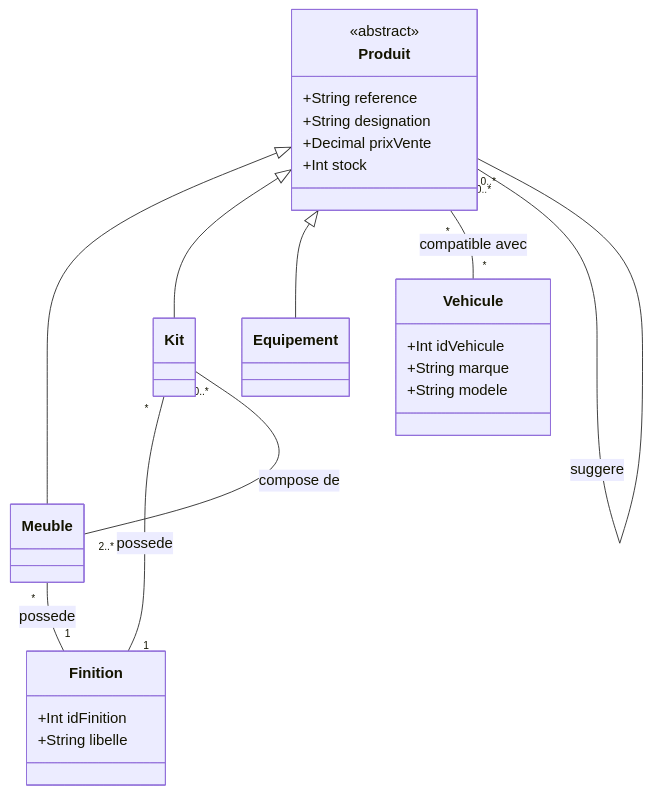
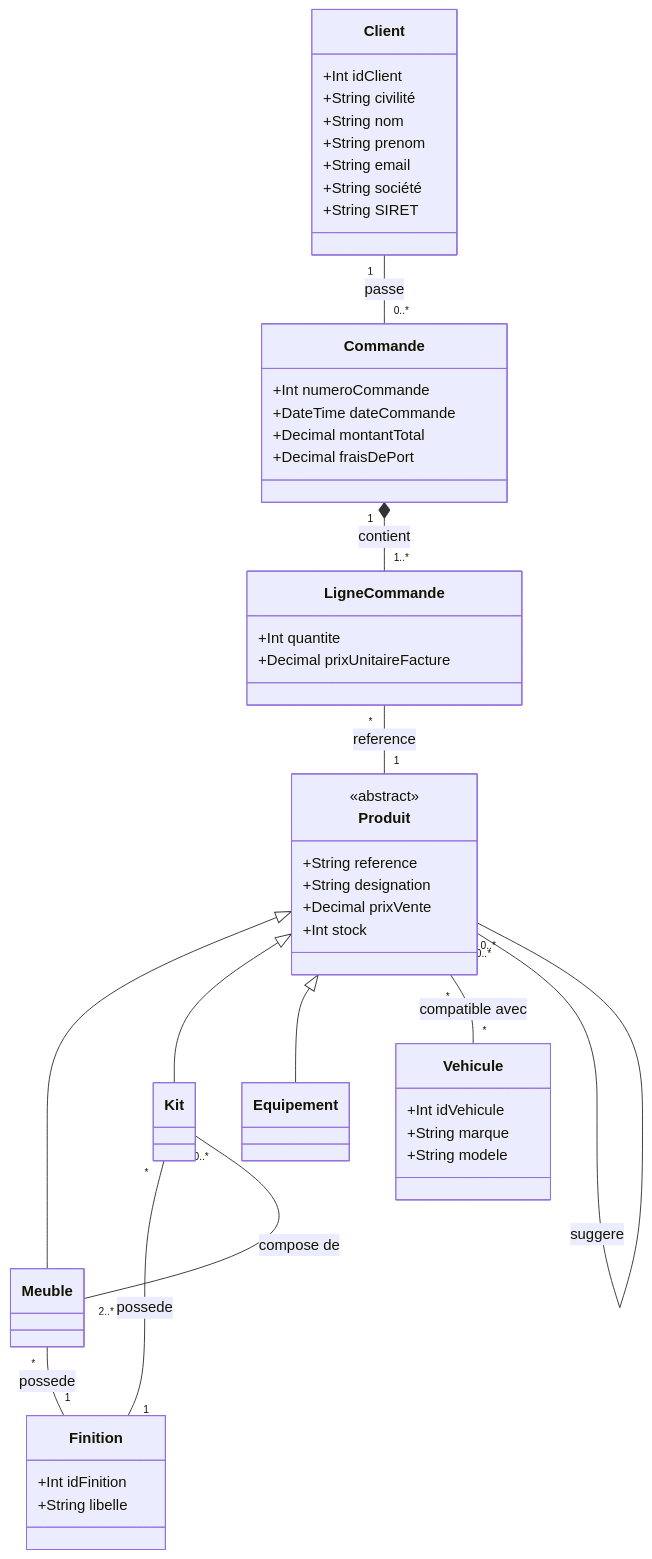
One commit to AlanFerronniere/EPSI_B1_20262027 changed the diagram in Conception base de données - Méthode Merise UML/Exercice héritage.md. Above: the diagram before and after it, drawn with Mermaid. The commit also changed other lines of this file, not shown here.

Commit message:
vault backup: 2026-10-06 13:42:45

````diff
--- a/Conception base de données - Méthode Merise UML/Exercice héritage.md
+++ b/Conception base de données - Méthode Merise UML/Exercice héritage.md
@@ -32,53 +37,80 @@
 ```mermaid
 classDiagram
     direction TB
 
     class Produit {
         <<abstract>>
         +String reference
         +String designation
         +Decimal prixVente
         +Int stock
     }
 
     class Meuble {
         
     }
 
     class Kit {
         
     }
 
     class Equipement {
         
     }
 
     class Finition {
         +Int idFinition
         +String libelle
     }
 
     class Vehicule {
         +Int idVehicule
         +String marque
         +String modele
     }
 
+    class Client {
+        +Int idClient
+        +String civilité
+        +String nom
+        +String prenom
+        +String email
+        +String société
+        +String SIRET
+    }
+
+    class Commande {
+        +Int numeroCommande
+        +DateTime dateCommande
+        +Decimal montantTotal
+        +Decimal fraisDePort
+    }
+
+    class LigneCommande {
+        +Int quantite
+        +Decimal prixUnitaireFacture
+    }
+
     %% Héritage / Spécialisation
     Produit <|-- Meuble
     Produit <|-- Kit
     Produit <|-- Equipement
 
     %% Finitions
     Meuble "*" -- "1" Finition : possede
     Kit "*" -- "1" Finition : possede
 
     %% Composition Kit - Meuble
     Kit "0..*" -- "2..*" Meuble : compose de
 
     %% Compatibilité véhicules
     Produit "*" -- "*" Vehicule : compatible avec
 
     %% Suggestions réflexives
     Produit "0..*" -- "0..*" Produit : suggere
+
+    %% Prise de commande
+    Client "1" -- "0..*" Commande : passe
+    Commande "1" *-- "1..*" LigneCommande : contient
+    LigneCommande "*" -- "1" Produit : reference
 ```
````
